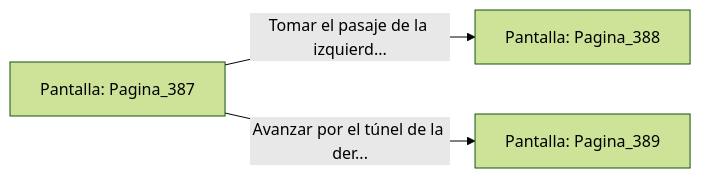
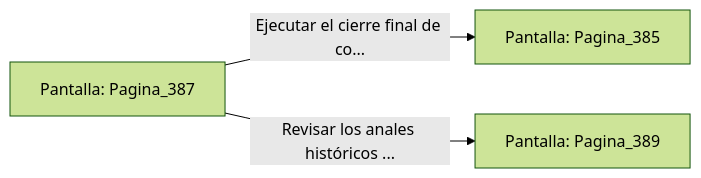
Before and after one commit to metsuke/mpl: the diagram in sample/eligejuego-vault/Pantalla_Pagina_387.md, drawn with Mermaid (forest theme). The commit also changed other lines of this file and 635 other files, not shown here.

First line of the commit message:
fix: añadir Pagina_1 como pantalla inicial en capitulo_01.mpl

````diff
--- a/sample/eligejuego-vault/Pantalla_Pagina_387.md
+++ b/sample/eligejuego-vault/Pantalla_Pagina_387.md
@@ -20,6 +24,6 @@
 ```mermaid
 graph LR
     P_Pagina_387["Pantalla: Pagina_387"]
-    P_Pagina_387 -->|"Tomar el pasaje de la izquierd..."| P_Pagina_388["Pantalla: Pagina_388"]
-    P_Pagina_387 -->|"Avanzar por el túnel de la der..."| P_Pagina_389["Pantalla: Pagina_389"]
+    P_Pagina_387 -->|"Ejecutar el cierre final de co..."| P_Pagina_385["Pantalla: Pagina_385"]
+    P_Pagina_387 -->|"Revisar los anales históricos ..."| P_Pagina_389["Pantalla: Pagina_389"]
 ```
````
